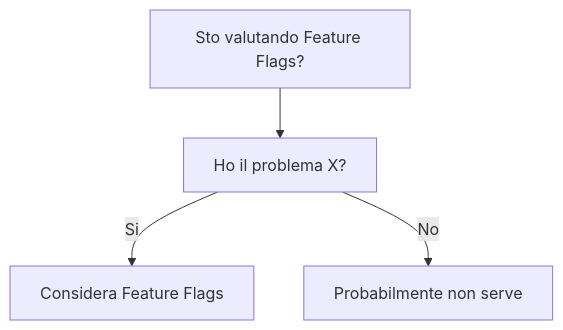
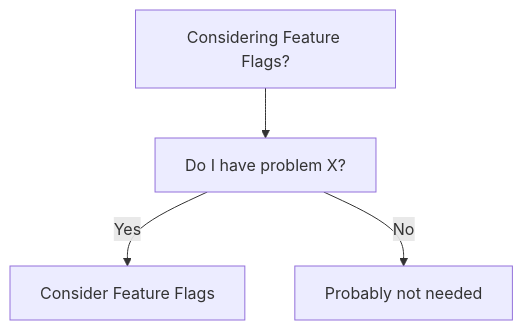
One commit to HxT9/Software-Dev-Wiki changed the diagram in dev-wiki/10_DevOps/Feature_Flags/When_To_Use.md. Above: the diagram before and after it, drawn with Mermaid. The commit also changed other lines of this file and 3444 other files, not shown here.

````diff
--- a/dev-wiki/10_DevOps/Feature_Flags/When_To_Use.md
+++ b/dev-wiki/10_DevOps/Feature_Flags/When_To_Use.md
@@ -19,6 +19,6 @@
 ```mermaid
 flowchart TD
-  Q[Sto valutando Feature Flags?] --> Q1[Ho il problema X?]
-  Q1 -->|Si| OK[Considera Feature Flags]
-  Q1 -->|No| NO[Probabilmente non serve]
+  Q[Considering Feature Flags?] --> Q1[Do I have problem X?]
+  Q1 -->|Yes| OK[Consider Feature Flags]
+  Q1 -->|No| NO[Probably not needed]
 ```
````
